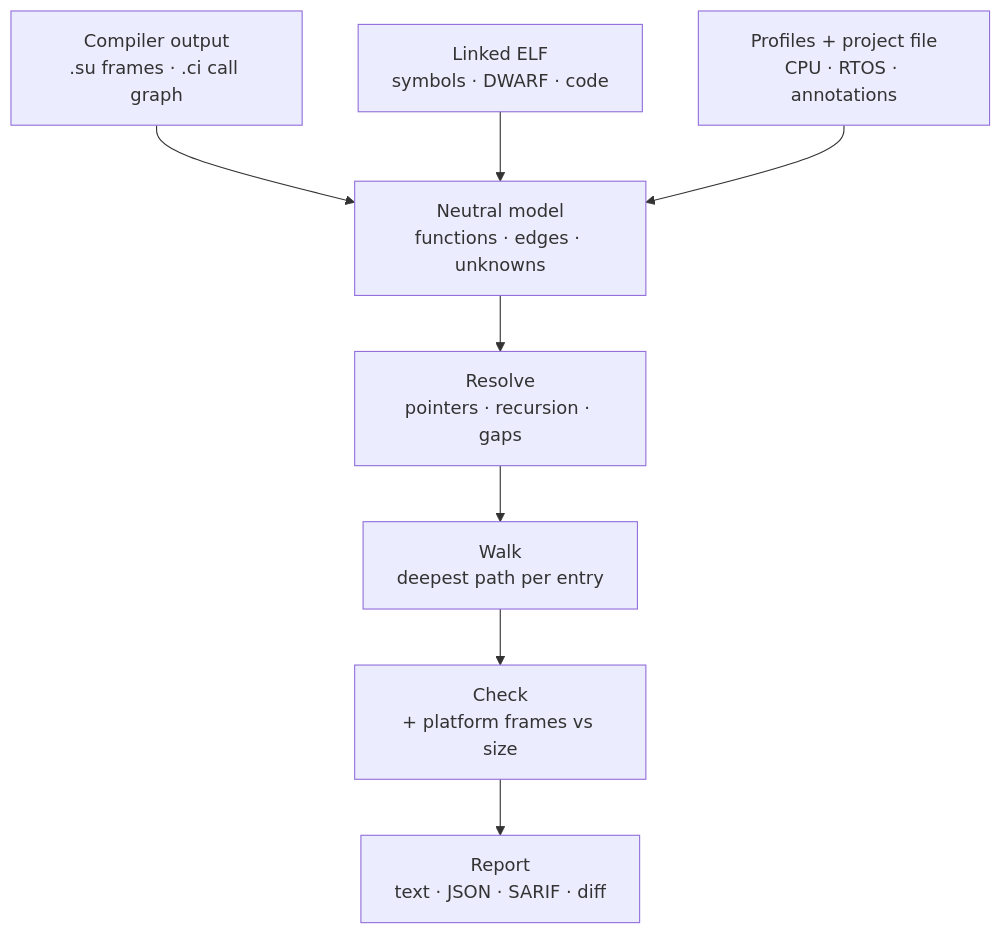
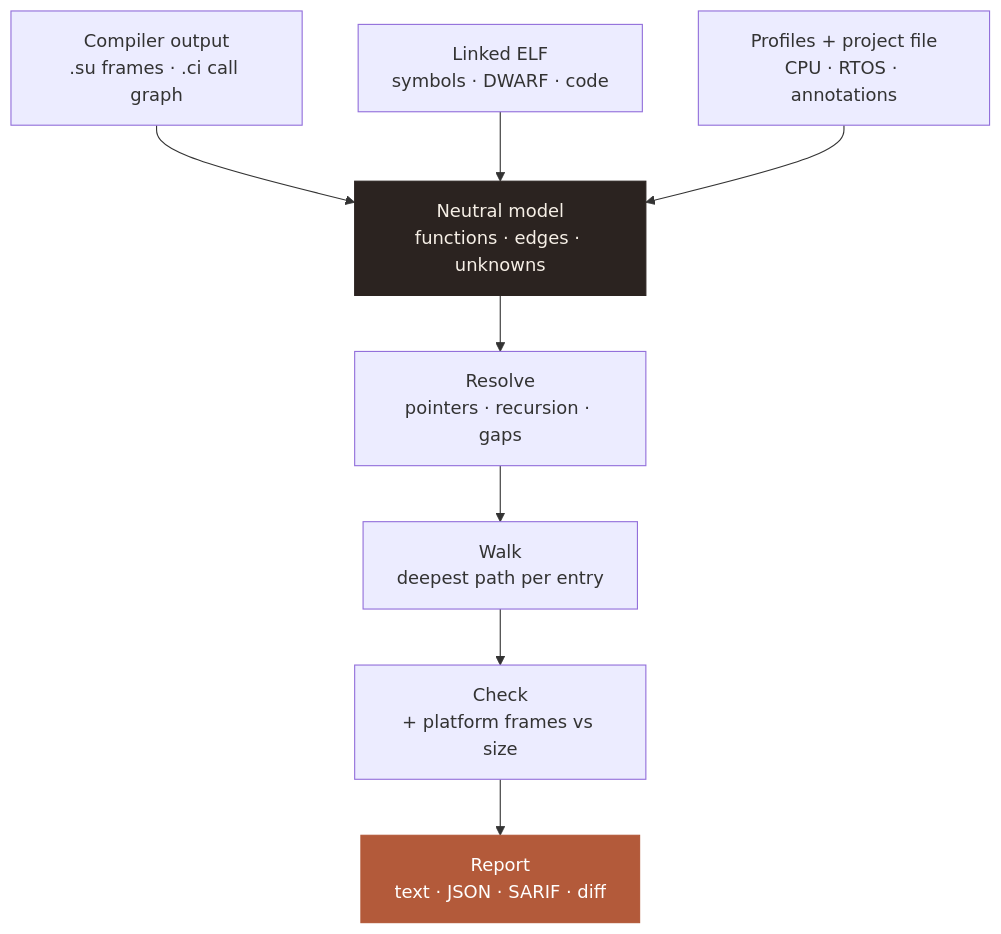
The third of 6 diagrams in docs/idea.md (binhnguyenthanh051-ops/stack_bound), drawn with Mermaid before and after one commit. The commit also changed other lines of this file and 3 other files, not shown here.

First line of the commit message:
docs: key/hot figure boxes; idea reviewed; Thumb-2 figure top-down

````diff
--- a/docs/idea.md
+++ b/docs/idea.md
@@ -61,10 +61,14 @@
 ```mermaid
 flowchart TB
   C["Compiler output<br/>.su frames · .ci call graph"] --> MOD
   ELF["Linked ELF<br/>symbols · DWARF · code"] --> MOD
   P["Profiles + project file<br/>CPU · RTOS · annotations"] --> MOD
   MOD["Neutral model<br/>functions · edges · unknowns"] --> R["Resolve<br/>pointers · recursion · gaps"]
   R --> W["Walk<br/>deepest path per entry"]
   W --> K["Check<br/>+ platform frames vs size"]
   K --> O["Report<br/>text · JSON · SARIF · diff"]
+  classDef key fill:#2b2320,stroke:#2b2320,color:#f6efe6
+  classDef hot fill:#b35a3a,stroke:#b35a3a,color:#ffffff
+  class MOD key
+  class O hot
 ```
````
